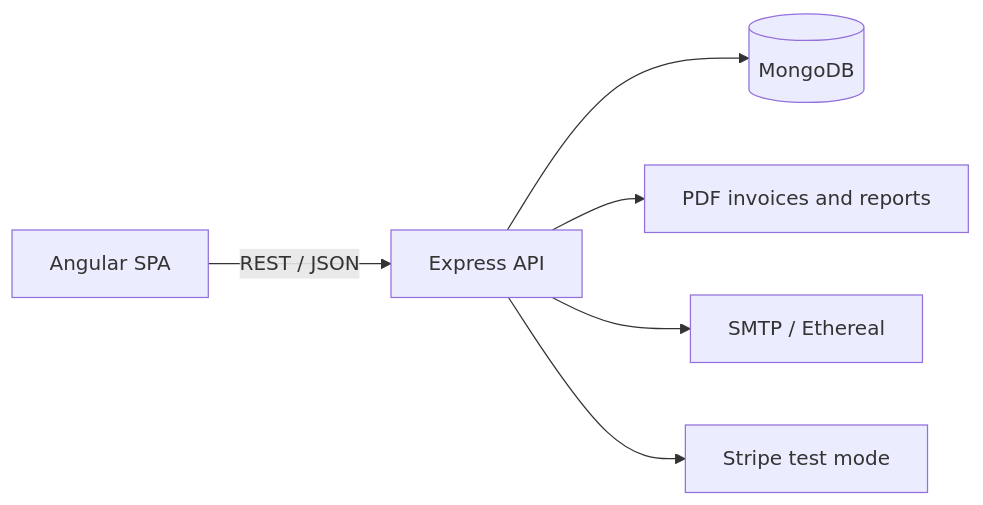
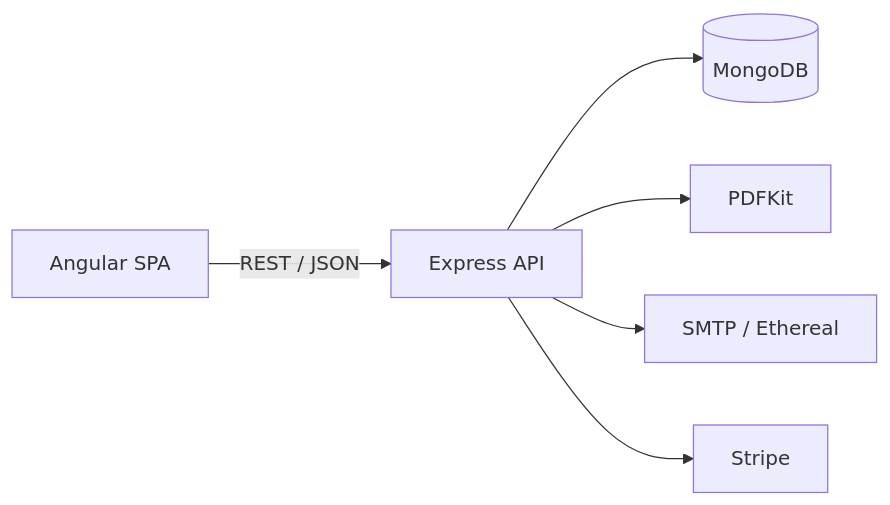
Before and after one commit to Cevizara/PrintShop-Marketplace: the diagram in README.md, drawn with Mermaid. The commit also changed other lines of this file, not shown here.

````diff
--- a/README.md
+++ b/README.md
@@ -45,8 +40,8 @@
 ```mermaid
 flowchart LR
     SPA[Angular SPA] -->|REST / JSON| API[Express API]
     API --> DB[(MongoDB)]
-    API --> PDF[PDF invoices and reports]
+    API --> PDF[PDFKit]
     API --> MAIL[SMTP / Ethereal]
-    API --> PAY[Stripe test mode]
+    API --> PAY[Stripe]
 ```
````
